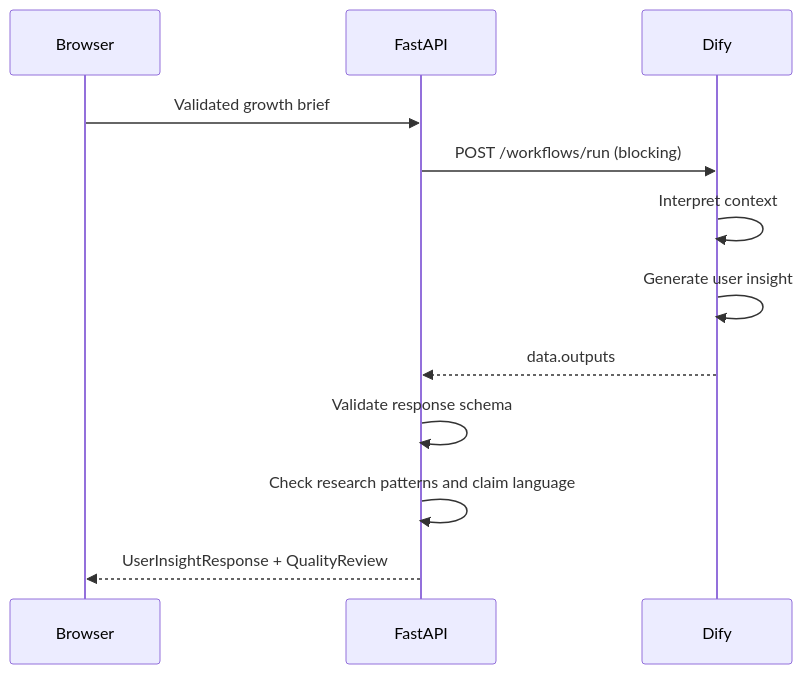
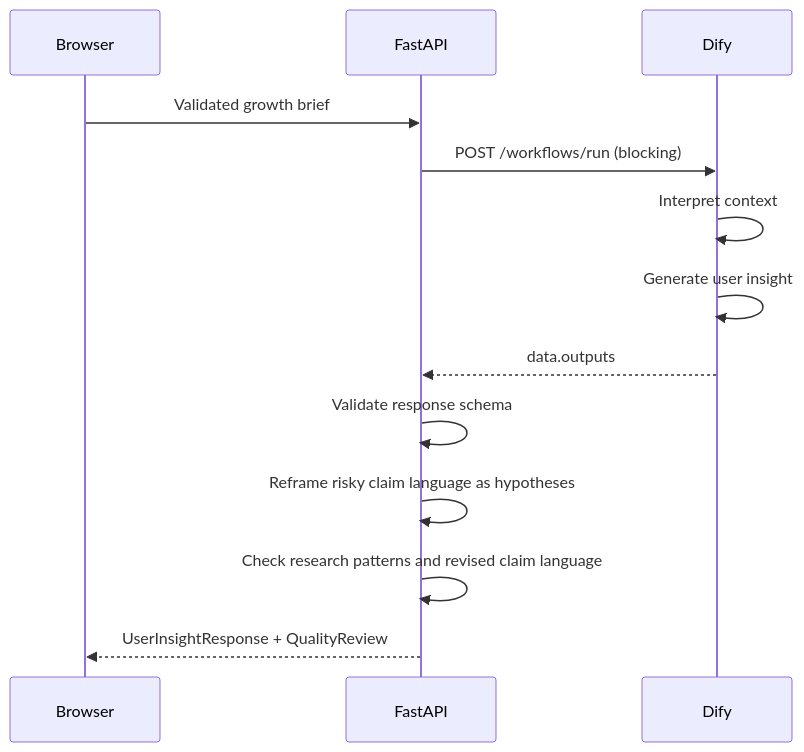
One commit to ftw10181-oss/ai-growth-agent changed the second of 2 diagrams in docs/architecture.md. Above: the diagram before and after it, drawn with Mermaid. The commit also changed other lines of this file and 13 other files, not shown here.

````diff
--- a/docs/architecture.md
+++ b/docs/architecture.md
@@ -53,14 +55,15 @@
 ```mermaid
 sequenceDiagram
     participant UI as Browser
     participant API as FastAPI
     participant DF as Dify
     UI->>API: Validated growth brief
     API->>DF: POST /workflows/run (blocking)
     DF->>DF: Interpret context
     DF->>DF: Generate user insight
     DF-->>API: data.outputs
     API->>API: Validate response schema
-    API->>API: Check research patterns and claim language
+    API->>API: Reframe risky claim language as hypotheses
+    API->>API: Check research patterns and revised claim language
     API-->>UI: UserInsightResponse + QualityReview
 ```
````
